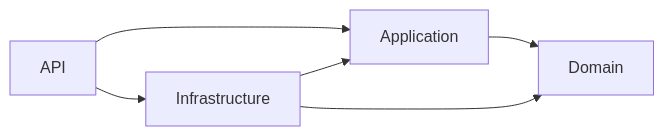
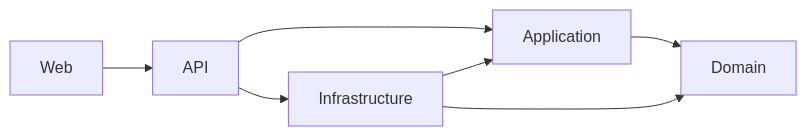
The first of 3 diagrams in docs/ARCHITECTURE.md (AsilK/dotnet-realtime-chat-clean-architecture), drawn with Mermaid before and after one commit. The commit also changed other lines of this file and 57 other files, not shown here.

````diff
--- a/docs/ARCHITECTURE.md
+++ b/docs/ARCHITECTURE.md
@@ -16,8 +64,9 @@
 ```mermaid
 flowchart LR
+  Web --> API
   API --> Application
   API --> Infrastructure
+  Application --> Domain
   Infrastructure --> Application
-  Application --> Domain
   Infrastructure --> Domain
 ```
````
